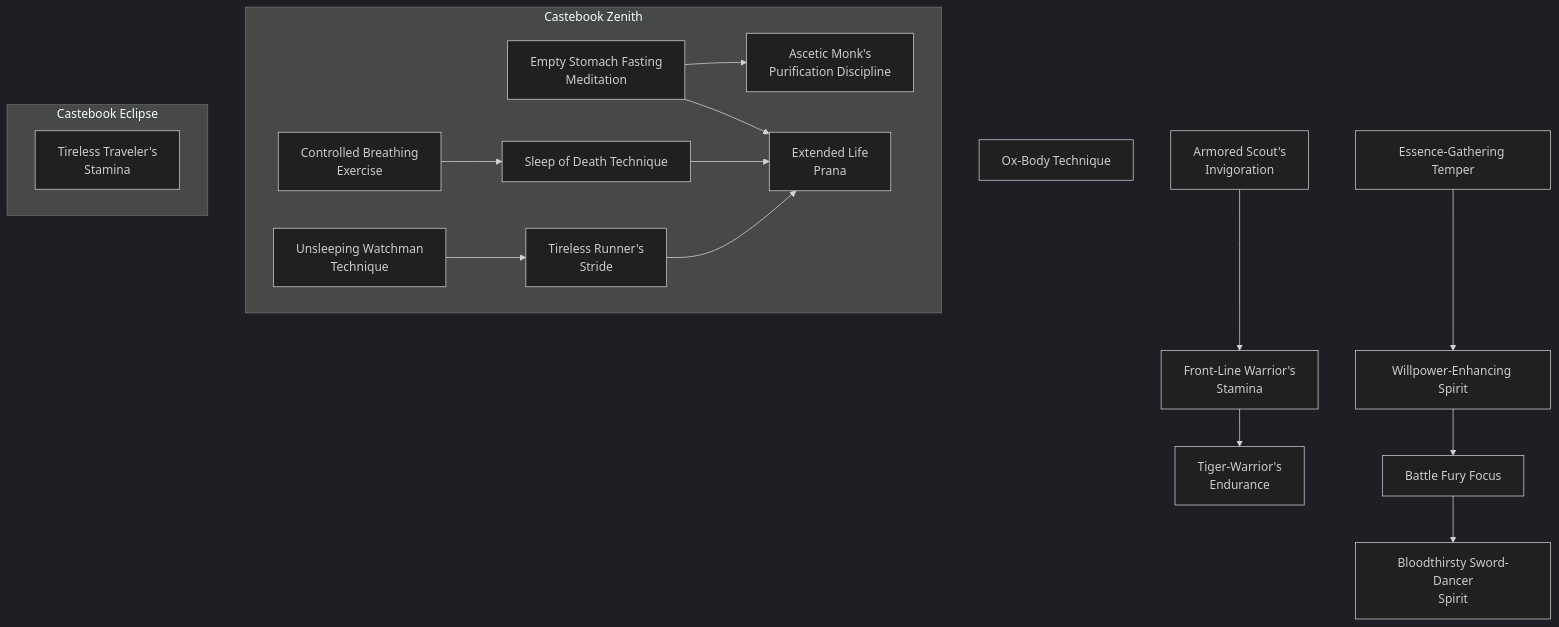
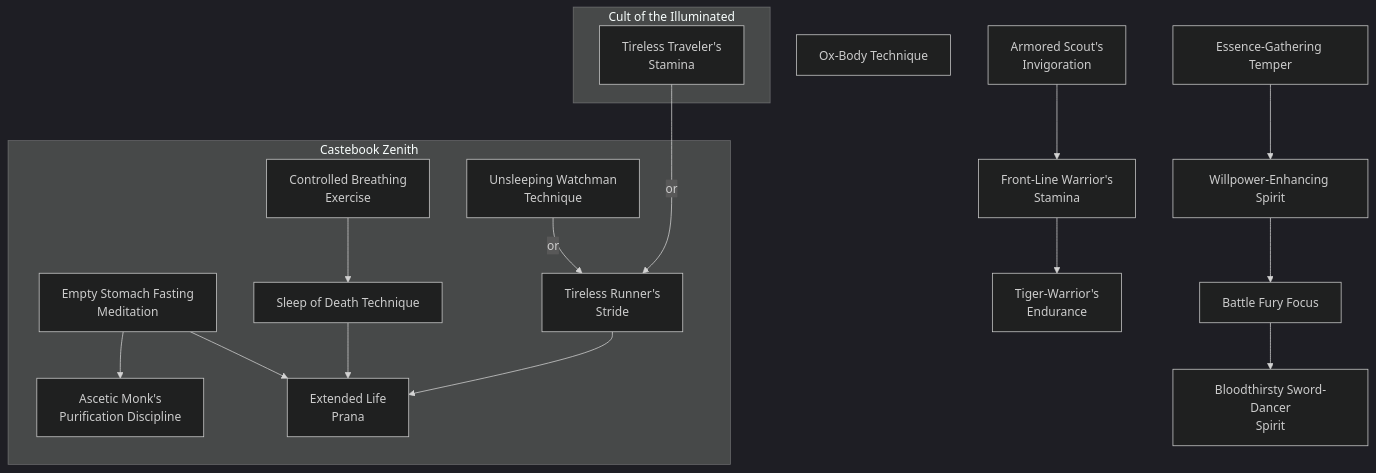
One commit to jrobichaud/exalted-charms-1e changed the diagram in docs/mermaid/solar/zenith_endurance.mmd. Above: the diagram before and after it, drawn with Mermaid. The commit also changed 8 other files, not shown here.

Commit message:
Cult of the illuminated

```diff
--- a/docs/mermaid/solar/zenith_endurance.mmd
+++ b/docs/mermaid/solar/zenith_endurance.mmd
@@ -323,7 +323,7 @@
             "
 
         tireless_runners_stride[Tireless Runner's<br>Stride]
-        unsleeping_watchman_technique --> tireless_runners_stride
+        unsleeping_watchman_technique -->|or| tireless_runners_stride
         click tireless_runners_stride callback "
             Tireless Runner's Stride<br>
             <br>
@@ -377,7 +377,7 @@
             "
     end
 
-    subgraph Castebook Eclipse
+    subgraph Cult of the Illuminated
         tireless_travelers_stamina[Tireless Traveler's<br>Stamina]
         click tireless_travelers_stamina callback "
             Tireless Traveler's Stamina<br>
@@ -389,23 +389,22 @@
             Minimum Essence: 1<br>
             Prerequisite Charms: None<br>
             <br>
-            The character using this Charm infuses his body
-            with Essence, allowing him to travel for an entire day
-            without becoming fatigued or needing rest, provided
-            that he maintains a reasonably steady pace (the char-
-            acter cannot run, that requires the Tireless Runner's
-            Stride Charm from Caste Book: Zenith, p. 72). A
-            character using this Charm could walk or ride at a
+            The character using this Charm infuses his body with
+            Essence, allowing him to travel for an entire day without
+            needing rest, provided he maintains a reasonably steady
+            pace (the character cannot run, as that requires the Tireless
+            Runner's Stride Charm from Caste Book: Zenith, p.
+            72). A character using this Charm could walk or ride at a
             steady pace for an entire day without becoming fatigued,
-            footsore or saddlesore. The character must still
-            eat and drink and is subject to the effects of the
-            environment (like extreme heat or cold), and the
-            Charm does not prevent an Exalt's mount from tiring.
-            Still, characters using this Charm can cover consider-
-            able distance in a fairly short time and arrive at their
-            destination as fresh as when they left.<br>
-            (This Charm can be used as an alternate prerequisite
-            to the Tireless Runner's Stride Charm from
-            Caste Book: Zenith.)
+            footsore or saddlesore. The character must still eat and
+            drink and is subject to the effects of the environment (such
+            as extreme heat or cold), and the Charm does not prevent
+            an Exalt's mount from tiring. Still, characters using this
+            Charm can cover considerable distance in fairly short time
+            and arrive at their destination as fresh as when they left.<br>
+            (This Charm can be used as an alternate prerequisite to the Tireless Runner's Stride Charm from Caste
+            Book: Zenith.)
             "
     end
+
+    tireless_travelers_stamina --->|or| tireless_runners_stride
```
